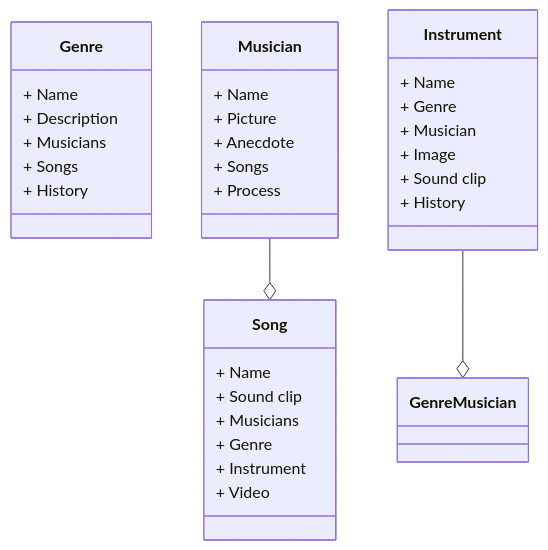
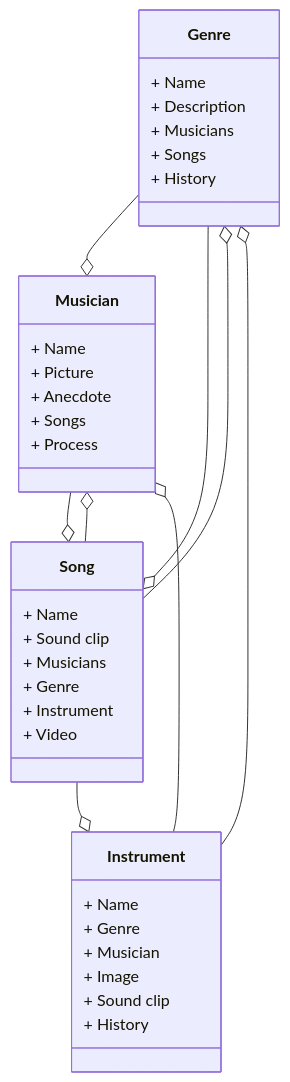
Before and after one commit to travis-kuenzi/Mongo-Driven-Website-Term-Project: the first of 2 diagrams in README.md, drawn with Mermaid.

````diff
--- a/README.md
+++ b/README.md
@@ -11,40 +11,49 @@
 ```mermaid
 classDiagram 
     class Genre {
       + Name
       + Description
       + Musicians
       + Songs
       + History
     }
 
     class Musician {
       + Name
       + Picture
       + Anecdote
       + Songs
       + Process
     }
 
     class Song {
       + Name
       + Sound clip
       + Musicians
       + Genre
       + Instrument
       + Video
     }
 
     class Instrument {
       + Name
       + Genre
       + Musician
       + Image
       + Sound clip
       + History
     }
 
     %%Links between entities - don't worry too much about details
     Musician --o Song
-    Instrument --o Genre Musician
+
+    Genre --o Musician
+    Genre --o Song
+
+    Song --o Musician
+    Song --o Genre
+    Song --o Instrument
+
+    Instrument --o Genre
+    Instrument --o Musician
 ```
````
